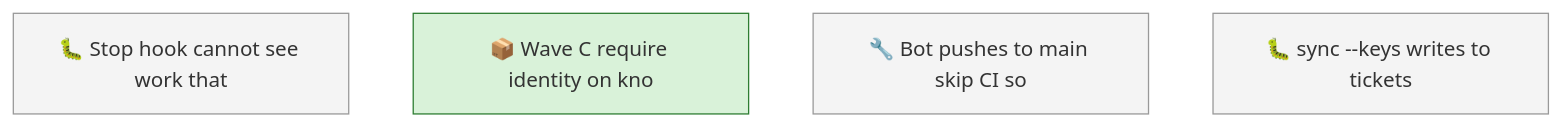
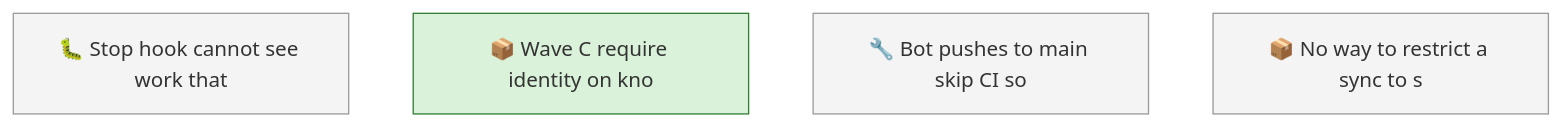
Before and after one commit to SpillwaveSolutions/wiki_ticket_sdd: the first of 2 diagrams in docs/roadmap.md, drawn with Mermaid. The commit also changed other lines of this file and 6 other files, not shown here.

First line of the commit message:
chore: correct a misfiled bug -- --keys widens scope by design (01M09DV3XKWJV5VVNYPJC9PRVF)

````diff
--- a/docs/roadmap.md
+++ b/docs/roadmap.md
@@ -53,11 +56,11 @@
 ```mermaid
 graph TD
     01M032YRXR61XAJBBNP355AVQW["🐛 Stop hook cannot see work that"]
     01M06BRQPQ8408XTDYTMY2JYFE["📦 Wave C require identity on kno"]
     01M09DEB5YMZRHRBZB8GADMKY0["🔧 Bot pushes to main skip CI so"]
-    01M09DV3XKWJV5VVNYPJC9PRVF["🐛 sync --keys writes to tickets"]
+    01M09DV3XKWJV5VVNYPJC9PRVF["📦 No way to restrict a sync to s"]
     classDef todo fill:#f4f4f4,stroke:#999999
     class 01M032YRXR61XAJBBNP355AVQW,01M09DEB5YMZRHRBZB8GADMKY0,01M09DV3XKWJV5VVNYPJC9PRVF todo
     classDef in_progress fill:#d9f2d9,stroke:#2e7d32
     class 01M06BRQPQ8408XTDYTMY2JYFE in_progress
 ```
````
